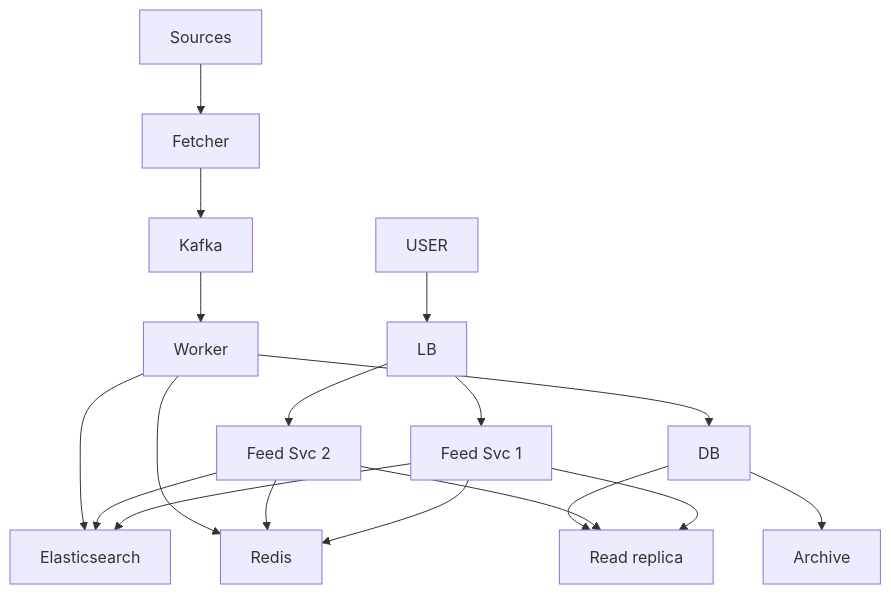
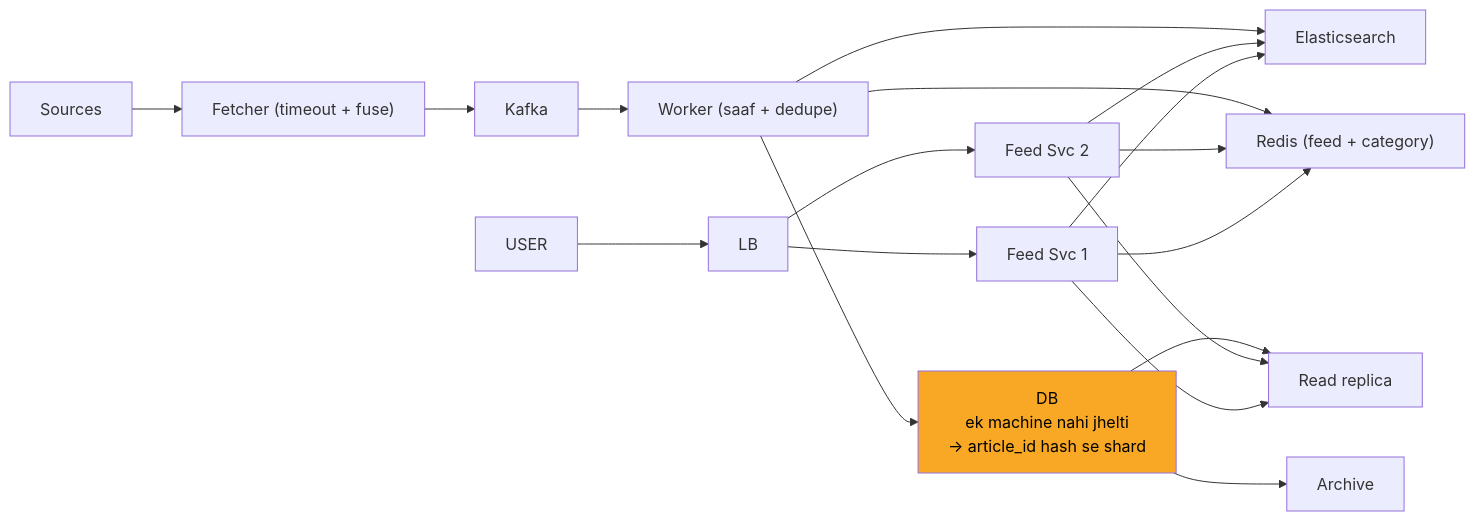
The tenth of 11 diagrams in 04_HLD/SYSTEM_DESIGNS/08_news_aggregator/08_news_aggregator_INTERVIEW.md (ArpanMaheshwari144/Prep), drawn with Mermaid before and after one commit. The commit also changed other lines of this file and 2 other files, not shown here.

Commit message:
news, bookmyshow, cache: one-day story, short cards, follow-ups with rules, highlighted diagrams

````diff
--- a/04_HLD/SYSTEM_DESIGNS/08_news_aggregator/08_news_aggregator_INTERVIEW.md
+++ b/04_HLD/SYSTEM_DESIGNS/08_news_aggregator/08_news_aggregator_INTERVIEW.md
@@ -449,33 +427,34 @@
 ```mermaid
-flowchart TD
+flowchart LR
     n_USER["USER"]
     n_LB["LB"]
     n_Feed_Svc_x_N_1["Feed Svc 1"]
     n_Feed_Svc_x_N_2["Feed Svc 2"]
     n_Elasticsearch["Elasticsearch"]
-    n_Redis["Redis"]
+    n_Redis["Redis (feed + category)"]
     n_Read_replica["Read replica"]
-    n_DB["DB"]
+    n_DB["DB<br/>ek machine nahi jhelti<br/>-> article_id hash se shard"]
     n_Archive["Archive"]
-    n_Worker["Worker"]
+    n_Worker["Worker (saaf + dedupe)"]
     n_Kafka["Kafka"]
-    n_Fetcher["Fetcher"]
+    n_Fetcher["Fetcher (timeout + fuse)"]
     n_Sources["Sources"]
     n_USER --> n_LB
     n_LB --> n_Feed_Svc_x_N_1
     n_LB --> n_Feed_Svc_x_N_2
     n_Feed_Svc_x_N_1 --> n_Elasticsearch
     n_Feed_Svc_x_N_2 --> n_Elasticsearch
     n_Feed_Svc_x_N_1 --> n_Redis
     n_Feed_Svc_x_N_2 --> n_Redis
     n_Feed_Svc_x_N_1 --> n_Read_replica
     n_Feed_Svc_x_N_2 --> n_Read_replica
     n_DB --> n_Read_replica
     n_DB --> n_Archive
     n_Worker --> n_DB
     n_Worker --> n_Redis
+    n_Worker --> n_Elasticsearch
     n_Kafka --> n_Worker
     n_Fetcher --> n_Kafka
     n_Sources --> n_Fetcher
-    n_Worker --> n_Elasticsearch
+    style n_DB fill:#f9a825,color:#000
 ```
````
